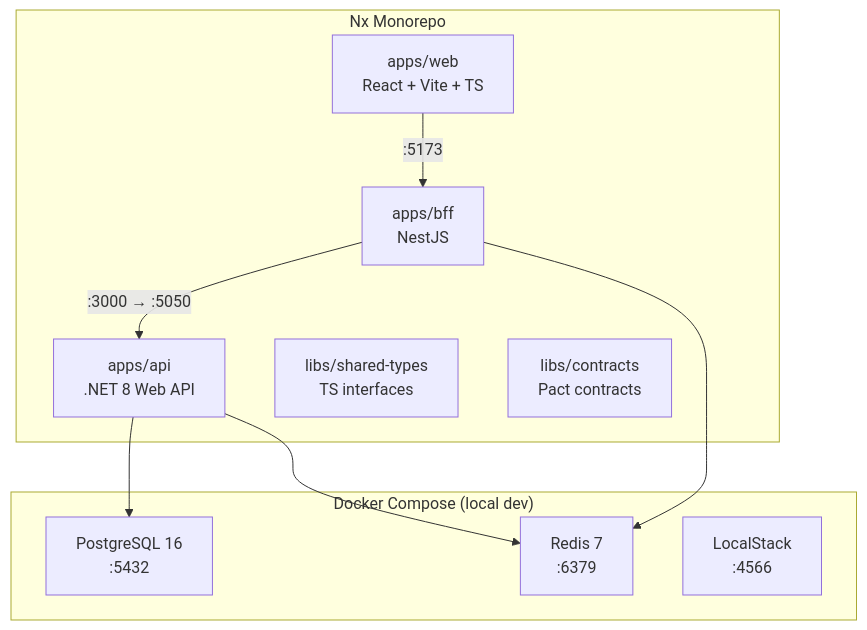
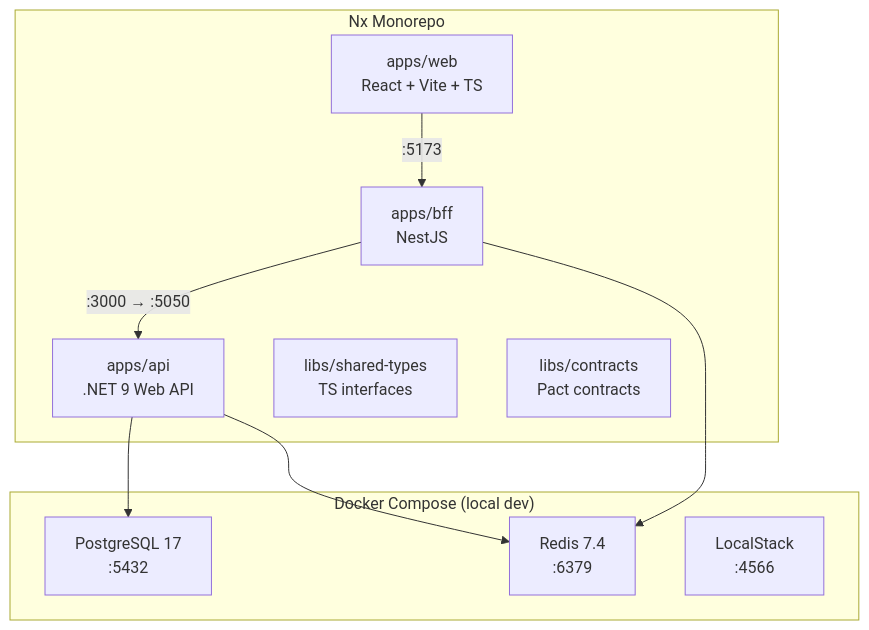
One commit to sukhesh035/employee_budget_allocation changed the diagram in docs/phases/PHASE-1-project-setup.md. Above: the diagram before and after it, drawn with Mermaid. The commit also changed other lines of this file and 11 other files, not shown here.

````diff
--- a/docs/phases/PHASE-1-project-setup.md
+++ b/docs/phases/PHASE-1-project-setup.md
@@ -22,22 +22,22 @@
 ```mermaid
 graph TB
     subgraph Monorepo["Nx Monorepo"]
         SPA["apps/web<br/>React + Vite + TS"]
         BFF["apps/bff<br/>NestJS"]
-        API["apps/api<br/>.NET 8 Web API"]
+        API["apps/api<br/>.NET 9 Web API"]
         LibShared["libs/shared-types<br/>TS interfaces"]
         LibContracts["libs/contracts<br/>Pact contracts"]
     end
 
     subgraph DockerCompose["Docker Compose (local dev)"]
-        PG["PostgreSQL 16<br/>:5432"]
-        Redis["Redis 7<br/>:6379"]
+        PG["PostgreSQL 17<br/>:5432"]
+        Redis["Redis 7.4<br/>:6379"]
         LS["LocalStack<br/>:4566"]
     end
 
     SPA -->|:5173| BFF
     BFF -->|:3000 → :5050| API
     API --> PG
     API --> Redis
     BFF --> Redis
 ```
````
